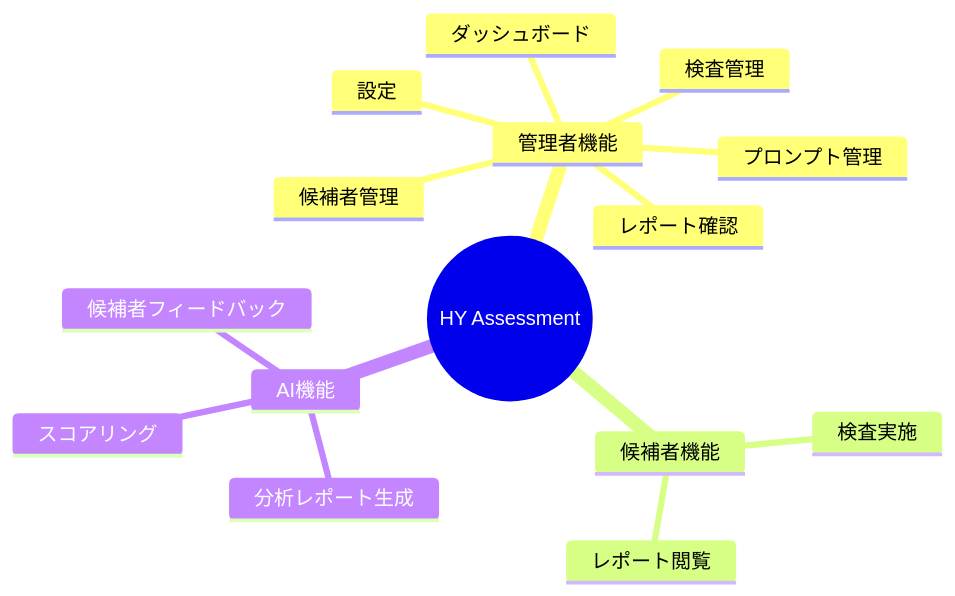
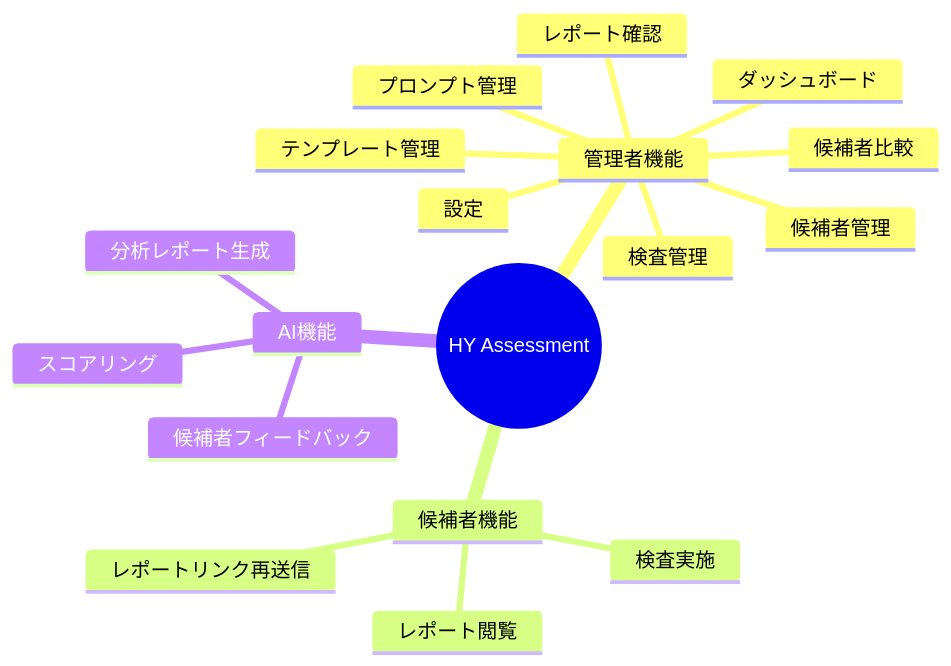
Before and after one commit to PROLE-ISLAND/hy-assessment: the first of 5 diagrams in docs/FEATURES.md, drawn with Mermaid. The commit also changed other lines of this file and 3 other files, not shown here.

````diff
--- a/docs/FEATURES.md
+++ b/docs/FEATURES.md
@@ -5,18 +5,21 @@
 ```mermaid
 mindmap
   root((HY Assessment))
     管理者機能
       ダッシュボード
       候補者管理
       検査管理
+      候補者比較
+      テンプレート管理
       レポート確認
       プロンプト管理
       設定
     候補者機能
       検査実施
       レポート閲覧
+      レポートリンク再送信
     AI機能
       スコアリング
       分析レポート生成
       候補者フィードバック
 ```
````
